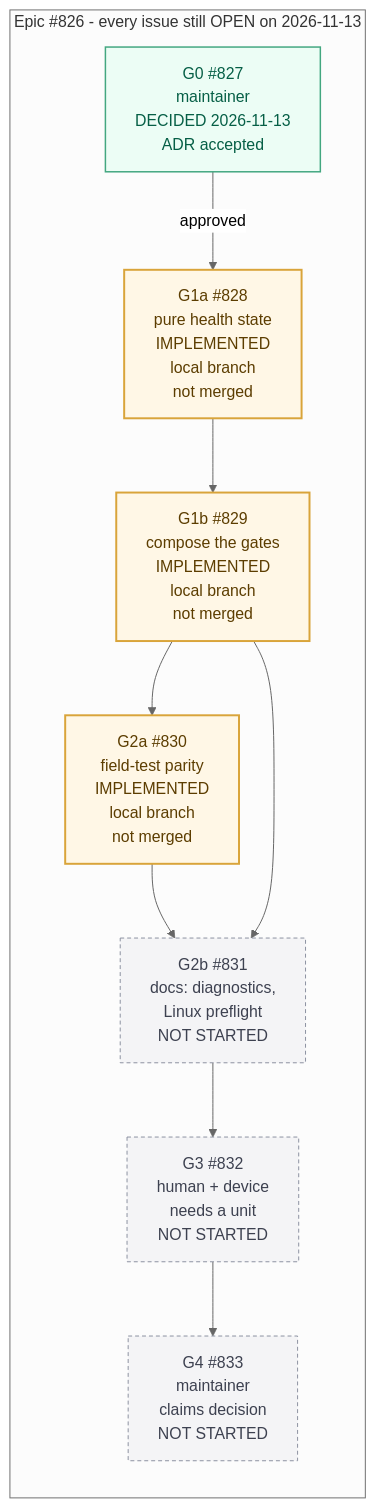
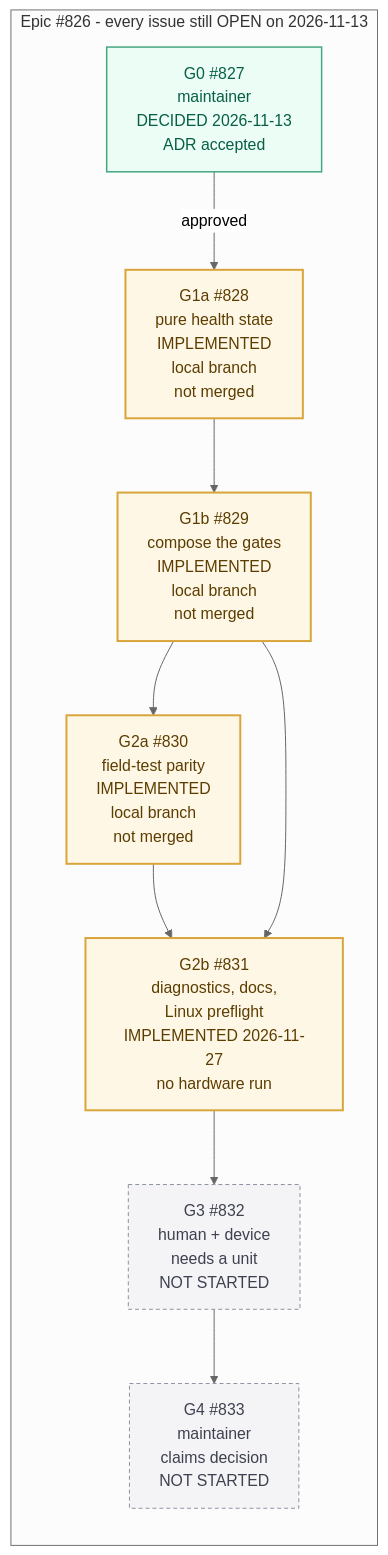
One commit to MSKazemi/yazses changed the sixth of 6 diagrams in design/biosignal/thinkgear-flowcharts.md. Above: the diagram before and after it, drawn with Mermaid (neutral theme). The commit also changed other lines of this file and 15 other files, not shown here.

First line of the commit message:
feat(biosignal): ThinkGear protocol health, named gate holds, Linux preflight

````diff
--- a/design/biosignal/thinkgear-flowcharts.md
+++ b/design/biosignal/thinkgear-flowcharts.md
@@ -322,19 +323,19 @@
 ```mermaid
 flowchart LR
     classDef success fill:#ecfdf5,stroke:#43a780,stroke-width:1.5px,color:#065f46
     classDef failure fill:#fff1f2,stroke:#fb7185,stroke-width:1.5px,color:#9f1239
     classDef muted   fill:#f4f4f6,stroke:#8c91a0,stroke-width:1px,stroke-dasharray:4 3,color:#3d4150
     classDef review  fill:#fff7e6,stroke:#d9a43a,stroke-width:2px,color:#5c3d00
 
     subgraph E[Epic #826 - every issue still OPEN on 2026-11-13]
         G0[G0 #827<br/>maintainer<br/>DECIDED 2026-11-13<br/>ADR accepted]:::success
         G1a[G1a #828<br/>pure health state<br/>IMPLEMENTED<br/>local branch<br/>not merged]:::review
         G1b[G1b #829<br/>compose the gates<br/>IMPLEMENTED<br/>local branch<br/>not merged]:::review
         G2a[G2a #830<br/>field-test parity<br/>IMPLEMENTED<br/>local branch<br/>not merged]:::review
-        G2b[G2b #831<br/>docs: diagnostics,<br/>Linux preflight<br/>NOT STARTED]:::muted
+        G2b[G2b #831<br/>diagnostics, docs,<br/>Linux preflight<br/>IMPLEMENTED 2026-11-27<br/>no hardware run]:::review
         G3[G3 #832<br/>human + device<br/>needs a unit<br/>NOT STARTED]:::muted
         G4[G4 #833<br/>maintainer<br/>claims decision<br/>NOT STARTED]:::muted
         G0 -->|approved| G1a --> G1b --> G2a --> G2b --> G3 --> G4
         G1b --> G2b
     end
 ```
````
